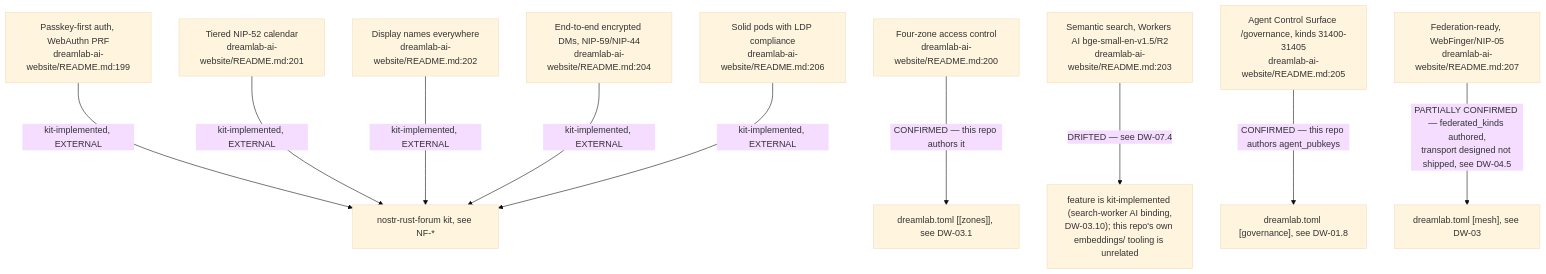
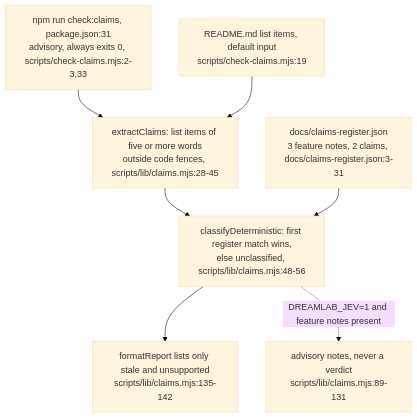
One commit to DreamLab-AI/VisionFlow changed the seventh of 7 diagrams in docs/diagrams/dreamlab-ai-website/06-content-pipeline-and-invariants-register.md. Above: the diagram before and after it, drawn with Mermaid (base theme). The commit also changed other lines of this file and 160 other files, not shown here.

````diff
--- a/docs/diagrams/dreamlab-ai-website/06-content-pipeline-and-invariants-register.md
+++ b/docs/diagrams/dreamlab-ai-website/06-content-pipeline-and-invariants-register.md
@@ -131,12 +136,9 @@
 ```mermaid
 flowchart TB
-    F1["Passkey-first auth, WebAuthn PRF<br/>dreamlab-ai-website/README.md:199"] -->|kit-implemented, EXTERNAL| KIT["nostr-rust-forum kit, see NF-*"]
-    F2["Four-zone access control<br/>dreamlab-ai-website/README.md:200"] -->|"CONFIRMED — this repo authors it"| DW03["dreamlab.toml [[zones]], see DW-03.1"]
-    F3["Tiered NIP-52 calendar<br/>dreamlab-ai-website/README.md:201"] -->|kit-implemented, EXTERNAL| KIT
-    F4["Display names everywhere<br/>dreamlab-ai-website/README.md:202"] -->|kit-implemented, EXTERNAL| KIT
-    F5["Semantic search, Workers AI bge-small-en-v1.5/R2<br/>dreamlab-ai-website/README.md:203"] -->|"DRIFTED — see DW-07.4"| DRIFT["feature is kit-implemented (search-worker AI binding,<br/>DW-03.10); this repo's own embeddings/ tooling is unrelated"]
-    F6["End-to-end encrypted DMs, NIP-59/NIP-44<br/>dreamlab-ai-website/README.md:204"] -->|kit-implemented, EXTERNAL| KIT
-    F7["Agent Control Surface /governance, kinds 31400-31405<br/>dreamlab-ai-website/README.md:205"] -->|"CONFIRMED — this repo authors agent_pubkeys"| DW03B["dreamlab.toml [governance], see DW-01.8"]
-    F8["Solid pods with LDP compliance<br/>dreamlab-ai-website/README.md:206"] -->|kit-implemented, EXTERNAL| KIT
-    F9["Federation-ready, WebFinger/NIP-05<br/>dreamlab-ai-website/README.md:207"] -->|"PARTIALLY CONFIRMED — federated_kinds authored,<br/>transport designed not shipped, see DW-04.5"| DW04["dreamlab.toml [mesh], see DW-03"]
+    CLI["npm run check:claims, package.json:31<br/>advisory, always exits 0, scripts/check-claims.mjs:2-3,33"] --> EXTRACT["extractClaims: list items of five or more words<br/>outside code fences, scripts/lib/claims.mjs:28-45"]
+    README["README.md list items, default input<br/>scripts/check-claims.mjs:19"] --> EXTRACT
+    EXTRACT --> CLASS["classifyDeterministic: first register match wins,<br/>else unclassified, scripts/lib/claims.mjs:48-56"]
+    REG["docs/claims-register.json<br/>3 feature notes, 2 claims, docs/claims-register.json:3-31"] --> CLASS
+    CLASS --> REPORT["formatReport lists only stale and unsupported<br/>scripts/lib/claims.mjs:135-142"]
+    CLASS -.->|"DREAMLAB_JEV=1 and feature notes present"| JEV["advisory notes, never a verdict<br/>scripts/lib/claims.mjs:89-131"]
 ```
````
